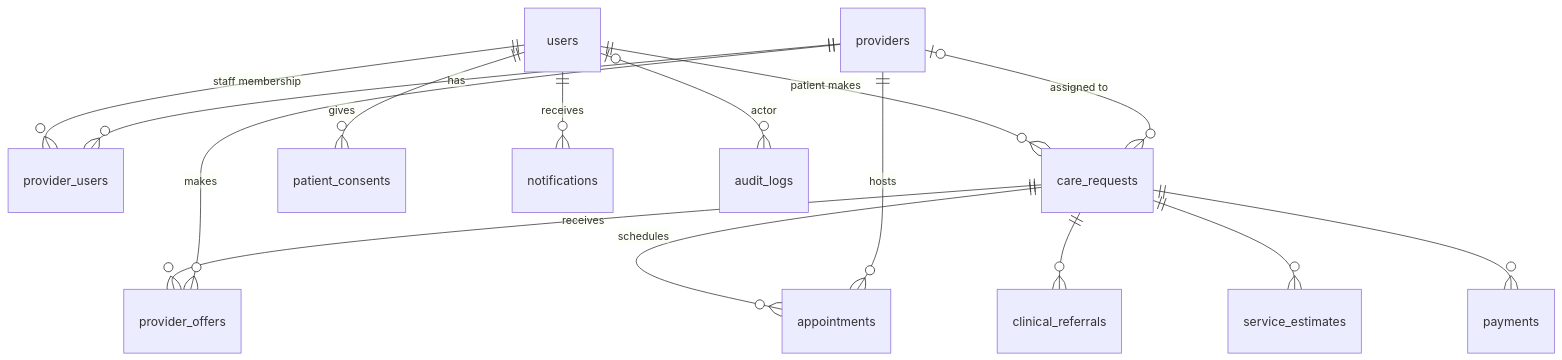
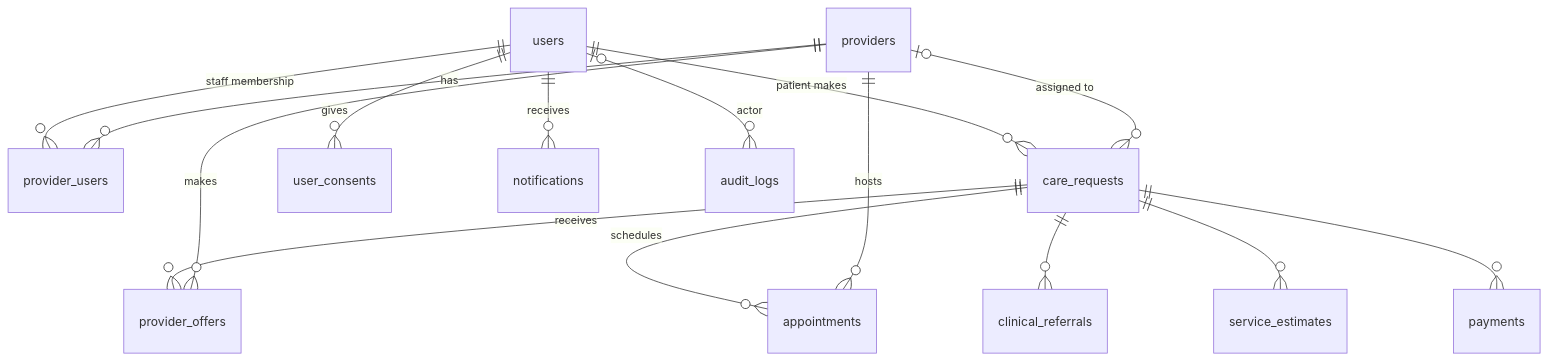
The first of 3 diagrams in docs/data-model.md (Ghosted34/CAREBRIDGE), drawn with Mermaid before and after one commit. The commit also changed other lines of this file and 71 other files, not shown here.

````diff
--- a/docs/data-model.md
+++ b/docs/data-model.md
@@ -8,17 +8,17 @@
 ```mermaid
 erDiagram
   users ||--o{ provider_users : "staff membership"
   providers ||--o{ provider_users : has
   users ||--o{ care_requests : "patient makes"
   providers |o--o{ care_requests : "assigned to"
   care_requests ||--o{ provider_offers : receives
   providers ||--o{ provider_offers : makes
   care_requests ||--o{ appointments : schedules
   providers ||--o{ appointments : hosts
   care_requests ||--o{ clinical_referrals : ""
   care_requests ||--o{ service_estimates : ""
   care_requests ||--o{ payments : ""
-  users ||--o{ patient_consents : gives
+  users ||--o{ user_consents : gives
   users ||--o{ notifications : receives
   users |o--o{ audit_logs : "actor"
 ```
````
